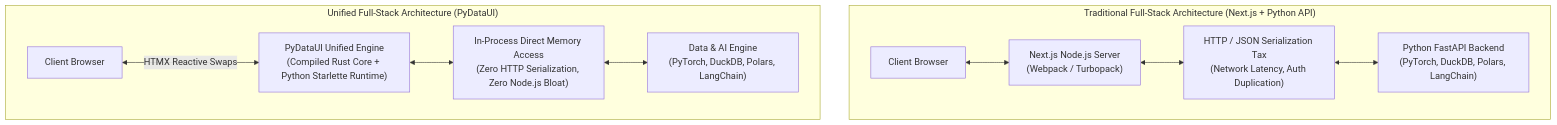
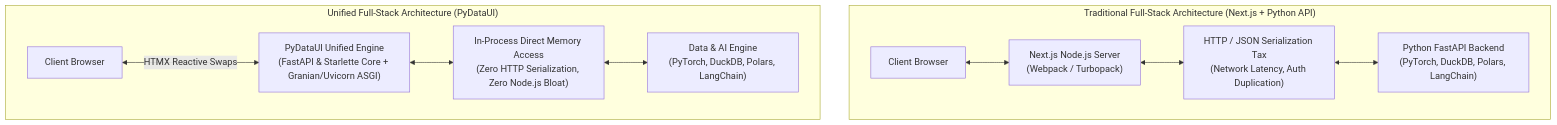
The first of 3 diagrams in docs/BLOG_POST_NEXTJS_VS_PYDATAUI.md (rajboopathiking/pydataui), drawn with Mermaid before and after one commit. The commit also changed other lines of this file and 18 other files, not shown here.

Commit message:
docs: reframe documentation to reflex and fastapi with uvicorn and granian runners

````diff
--- a/docs/BLOG_POST_NEXTJS_VS_PYDATAUI.md
+++ b/docs/BLOG_POST_NEXTJS_VS_PYDATAUI.md
@@ -13,14 +13,14 @@
 ```mermaid
 flowchart TD
     subgraph NextJS["Traditional Full-Stack Architecture (Next.js + Python API)"]
         BrowserA["Client Browser"] <--> NextServer["Next.js Node.js Server\n(Webpack / Turbopack)"]
         NextServer <--> HTTPGlue["HTTP / JSON Serialization Tax\n(Network Latency, Auth Duplication)"]
         HTTPGlue <--> FastAPIServer["Python FastAPI Backend\n(PyTorch, DuckDB, Polars, LangChain)"]
     end
 
     subgraph PyDataUIArch["Unified Full-Stack Architecture (PyDataUI)"]
-        BrowserB["Client Browser"] <-->|HTMX Reactive Swaps| PyDataUISys["PyDataUI Unified Engine\n(Compiled Rust Core + Python Starlette Runtime)"]
+        BrowserB["Client Browser"] <-->|HTMX Reactive Swaps| PyDataUISys["PyDataUI Unified Engine\n(FastAPI & Starlette Core + Granian/Uvicorn ASGI)"]
         PyDataUISys <--> InProcess["In-Process Direct Memory Access\n(Zero HTTP Serialization, Zero Node.js Bloat)"]
         InProcess <--> CoreAI["Data & AI Engine\n(PyTorch, DuckDB, Polars, LangChain)"]
     end
 ```
````
